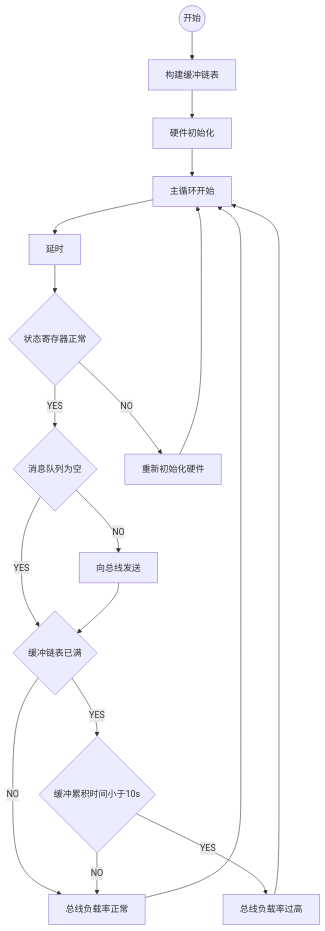
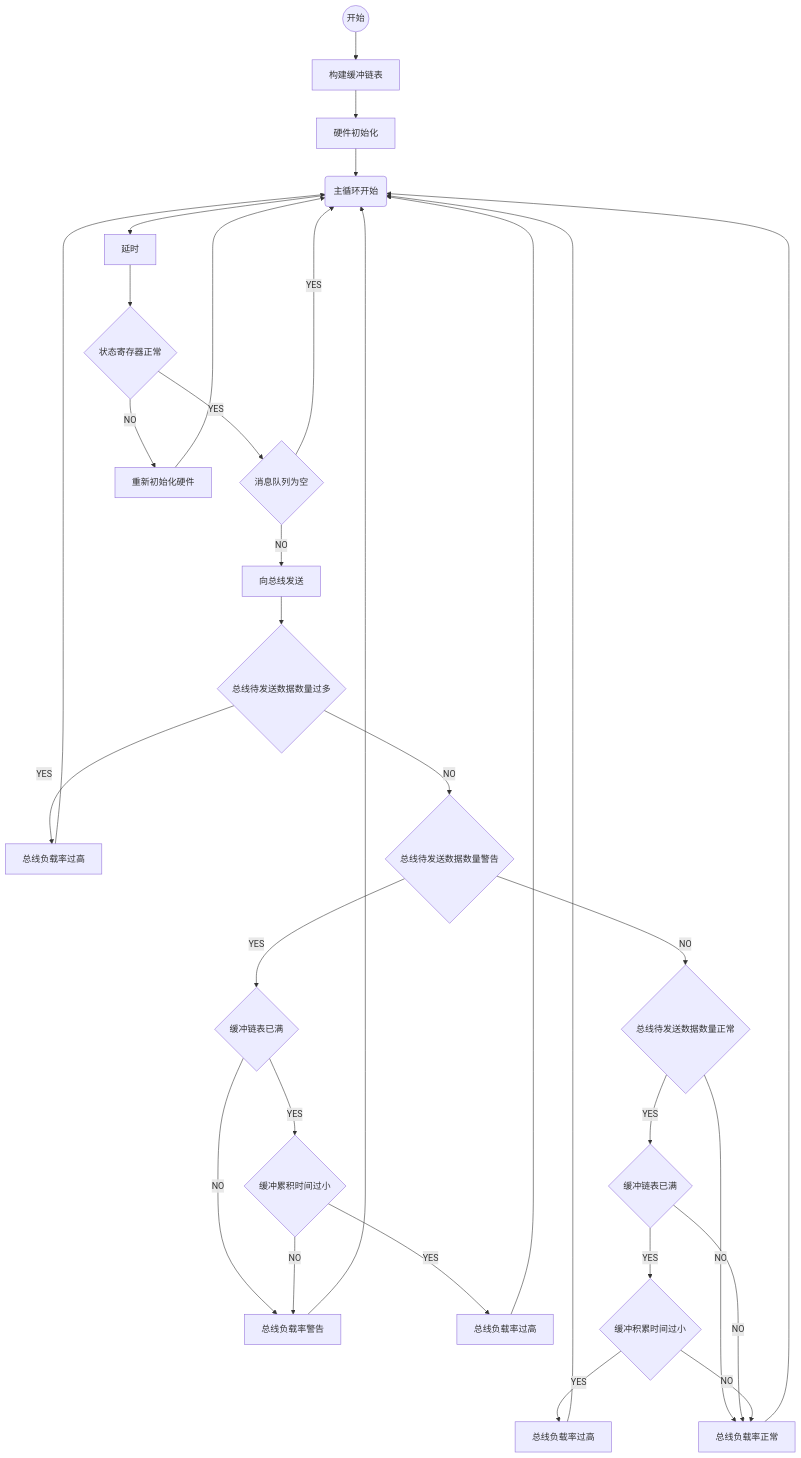
The first of 2 diagrams in doc/can.md (zhangyc999/new-tz-1), drawn with Mermaid before and after one commit. The commit also changed other lines of this file and 1 other file, not shown here.

Commit message:
重新画t_can()流程图

````diff
--- a/doc/can.md
+++ b/doc/can.md
@@ -14,20 +14,33 @@
 ```mermaid
 graph TB
-        开始((开始))-->构建缓冲链表
+        st((开始))-->构建缓冲链表
         构建缓冲链表-->硬件初始化
-        硬件初始化-->主循环开始
-        主循环开始-->延时
-        延时-->状态正常{状态寄存器正常}
-        状态正常--YES-->为空{消息队列为空}
-        状态正常--NO-->重新初始化硬件
-        重新初始化硬件-->主循环开始
-        为空--YES-->已满{缓冲链表已满}
-        为空--NO-->向总线发送
-        向总线发送-->已满
-        已满--YES-->小于10s{缓冲累积时间小于10s}
-        已满--NO-->总线负载率正常
-        小于10s--YES-->总线负载率过高
-        小于10s--NO-->总线负载率正常
-        总线负载率正常-->主循环开始
-        总线负载率过高-->主循环开始
+        硬件初始化-->loop(主循环开始)
+        loop-->延时
+        延时-->a{状态寄存器正常}
+        a--YES-->b{消息队列为空}
+        a--NO-->重新初始化硬件
+        重新初始化硬件-->loop
+        b--YES-->loop
+        b--NO-->向总线发送
+        向总线发送-->c{总线待发送数据数量过多}
+        c--YES-->d[总线负载率过高]
+        c--NO-->e{总线待发送数据数量警告}
+        d-->loop
+        e--YES-->f{缓冲链表已满}
+        e--NO-->g{总线待发送数据数量正常}
+        f--YES-->h{缓冲累积时间过小}
+        f--NO-->总线负载率警告
+        总线负载率警告-->loop
+        g--YES-->i{缓冲链表已满}
+        g--NO-->总线负载率正常
+        h--YES-->j[总线负载率过高]
+        h--NO-->总线负载率警告
+        i--YES-->k{缓冲积累时间过小}
+        i--NO-->总线负载率正常
+        j-->loop
+        k--YES-->l[总线负载率过高]
+        k--NO-->总线负载率正常
+        l-->loop
+        总线负载率正常-->loop
 ```
````
